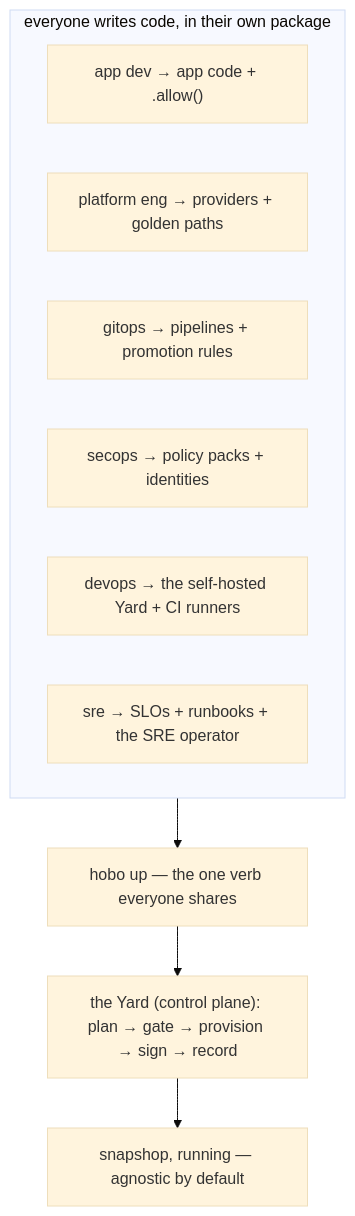
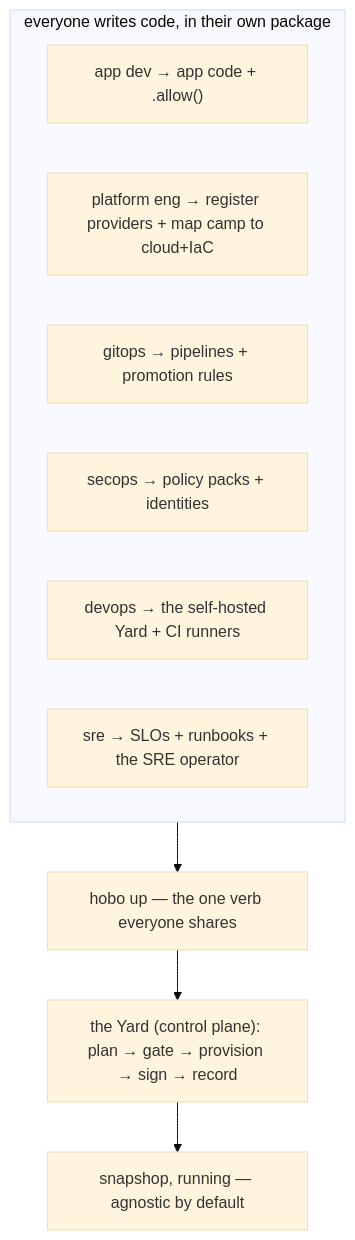
The diagram in docs/design/walkthrough.md (Tyler-R-Kendrick/HoBo), drawn with Mermaid (base theme) before and after one commit. The commit also changed other lines of this file and 1 other file, not shown here.

````diff
--- a/docs/design/walkthrough.md
+++ b/docs/design/walkthrough.md
@@ -11,14 +11,14 @@
 ```mermaid
 flowchart TB
   subgraph WRITE["everyone writes code, in their own package"]
     A["app dev → app code + .allow()"]
-    P["platform eng → providers + golden paths"]
+    P["platform eng → register providers + map camp to cloud+IaC"]
     G["gitops → pipelines + promotion rules"]
     S["secops → policy packs + identities"]
     D["devops → the self-hosted Yard + CI runners"]
     R["sre → SLOs + runbooks + the SRE operator"]
   end
   WRITE --> UP["hobo up — the one verb everyone shares"]
   UP --> Y["the Yard (control plane): plan → gate → provision → sign → record"]
   Y --> APP["snapshop, running — agnostic by default"]
 ```
````
